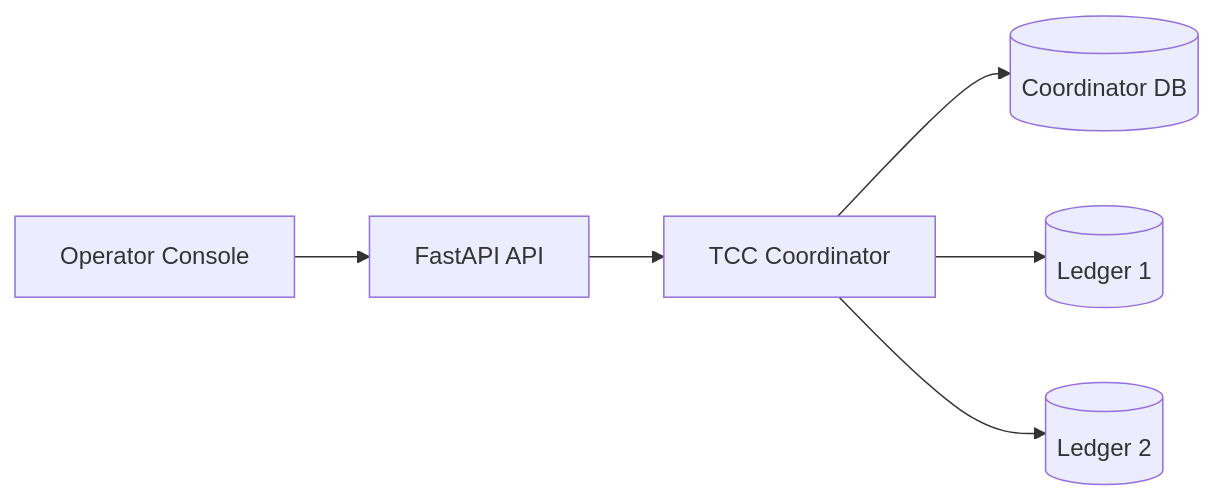
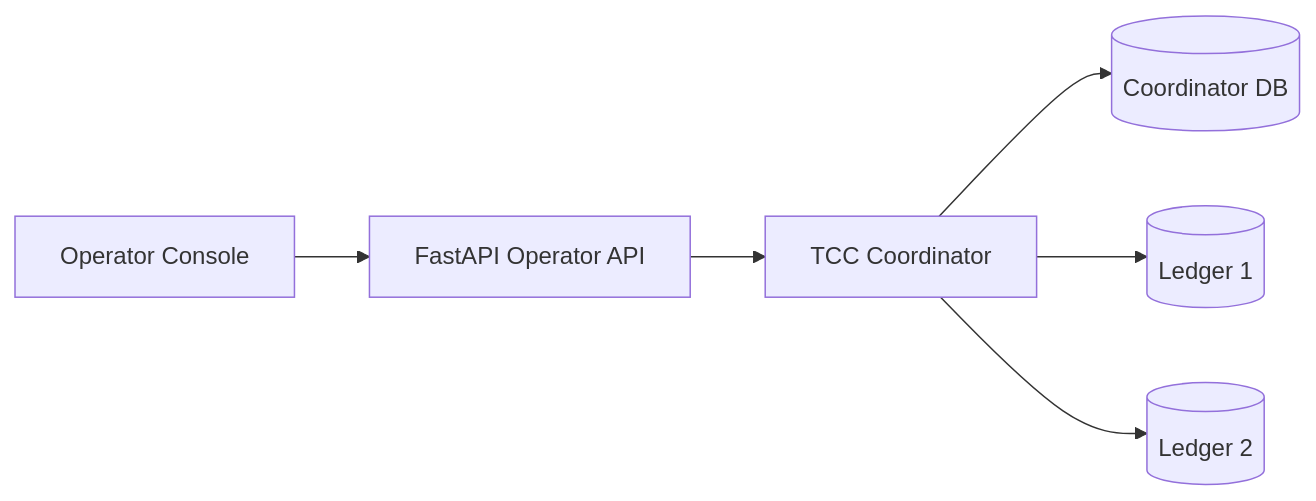
Before and after one commit to simply-mihir/LedgerGuard: the first of 3 diagrams in README.md, drawn with Mermaid. The commit also changed other lines of this file and 16 other files, not shown here.

Commit message:
fix: align TCC terminology and timeline

````diff
--- a/README.md
+++ b/README.md
@@ -89,9 +89,9 @@
 ```mermaid
 flowchart LR
-    UI["Operator Console"] --> API["FastAPI API"]
+    UI["Operator Console"] --> API["FastAPI Operator API"]
     API --> TC["TCC Coordinator"]
 
     TC --> CDB[("Coordinator DB")]
     TC --> L1[("Ledger 1")]
     TC --> L2[("Ledger 2")]
 ```
````
